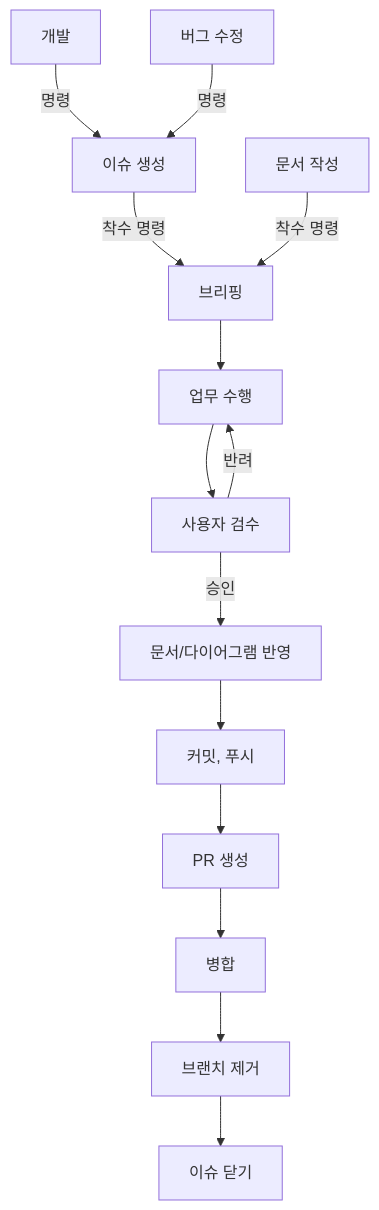
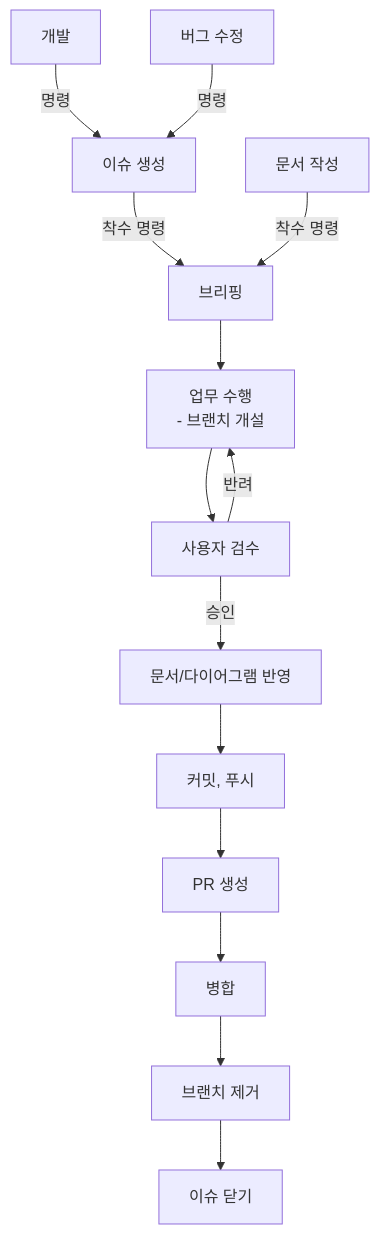
The diagram in 261028/Docs/Claude/WorkflowRules.md (pistol357/study), drawn with Mermaid before and after one commit. The commit also changed other lines of this file and 5 other files, not shown here.

````diff
--- a/261028/Docs/Claude/WorkflowRules.md
+++ b/261028/Docs/Claude/WorkflowRules.md
@@ -11,16 +14,16 @@
 ```mermaid
 flowchart TD
-    DEV[개발] -->|명령| ISSUE[이슈 생성]
-    BUG[버그 수정] -->|명령| ISSUE
-    ISSUE -->|착수 명령| BRIEF[브리핑]
-    DOC[문서 작성] -->|착수 명령| BRIEF
-    BRIEF --> WORK[업무 수행]
-    WORK --> REVIEW[사용자 검수]
-    REVIEW -->|반려| WORK
-    REVIEW -->|승인| REFLECT[문서/다이어그램 반영]
-    REFLECT --> COMMIT[커밋, 푸시]
-    COMMIT --> PR[PR 생성]
-    PR --> MERGE[병합]
-    MERGE --> BRANCH[브랜치 제거]
-    BRANCH --> CLOSE[이슈 닫기]
+    Dev[개발] -- 명령 --> Issue[이슈 생성]
+    Bug[버그 수정] -- 명령 --> Issue
+    Issue -- 착수 명령 --> Briefing[브리핑]
+    Docs[문서 작성] -- 착수 명령 --> Briefing
+    Briefing --> Work["업무 수행<br/>- 브랜치 개설"]
+    Work --> Review[사용자 검수]
+    Review -- 반려 --> Work
+    Review -- 승인 --> Reflect[문서/다이어그램 반영]
+    Reflect --> Commit[커밋, 푸시]
+    Commit --> PR[PR 생성]
+    PR --> Merge[병합]
+    Merge --> DeleteBranch[브랜치 제거]
+    DeleteBranch --> CloseIssue[이슈 닫기]
 ```
````
